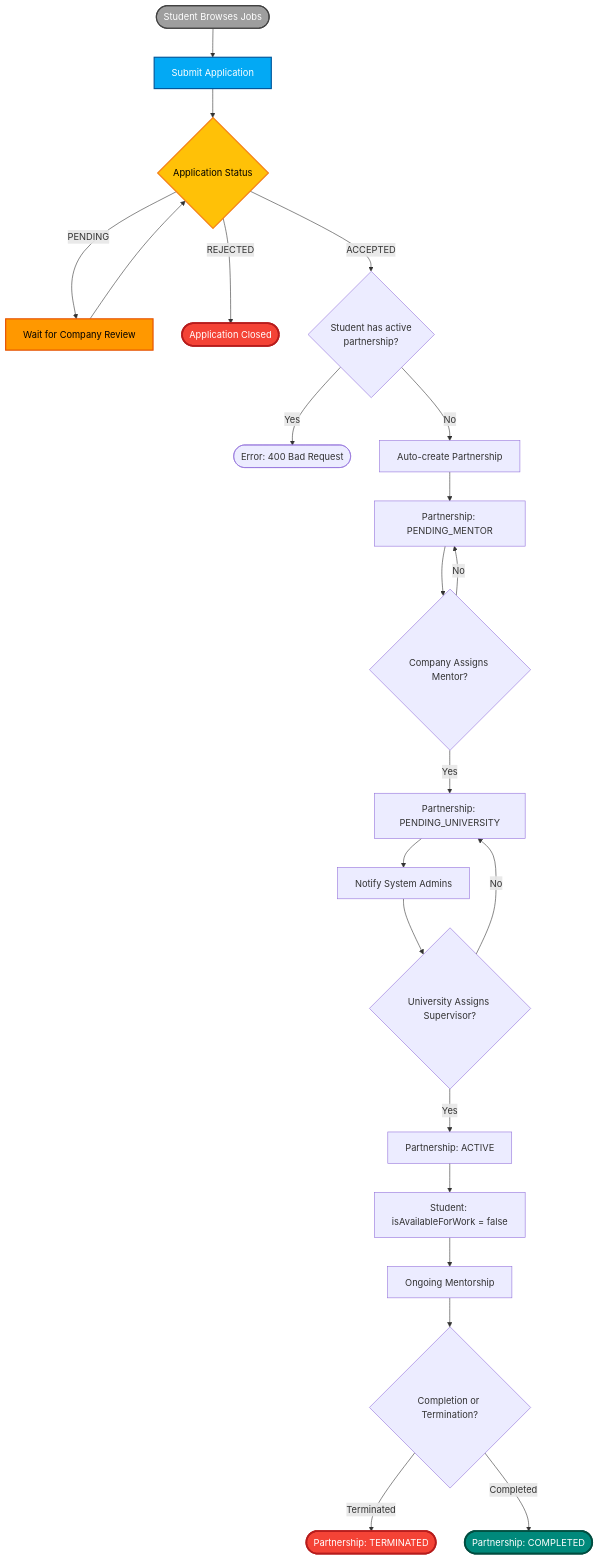
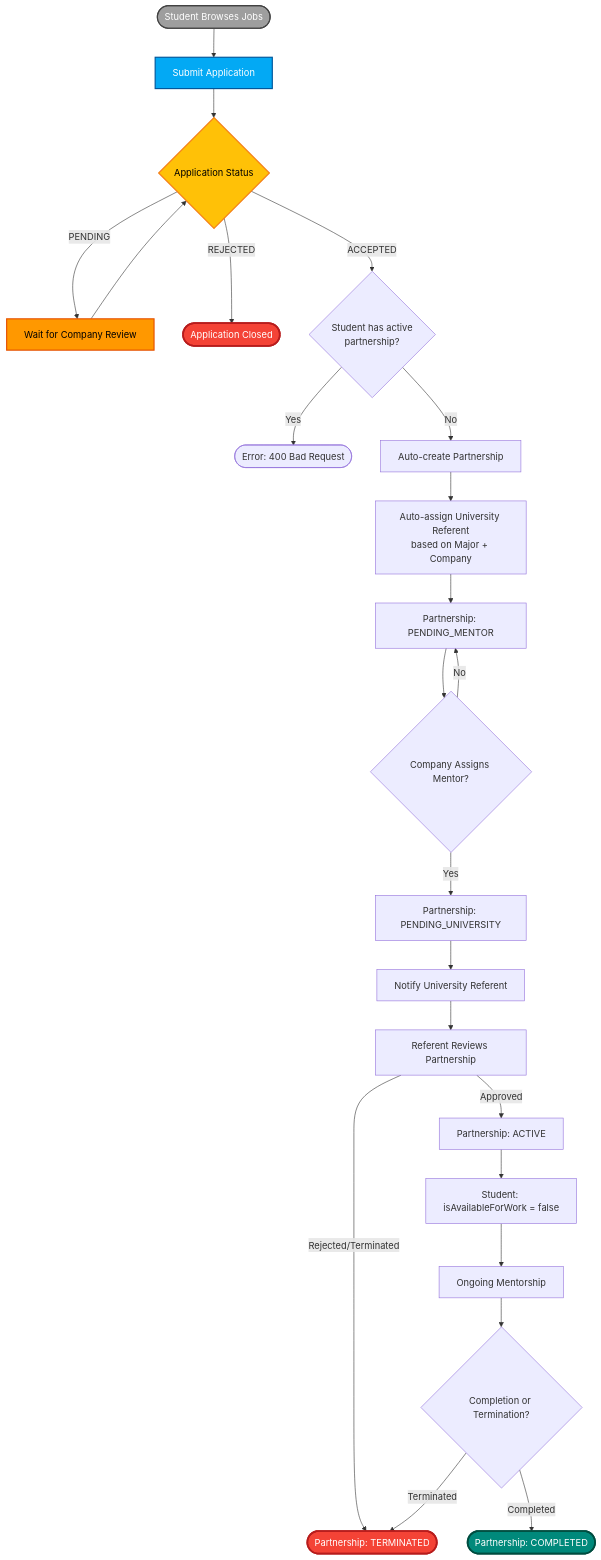
The seventh of 10 diagrams in backendreadme.md (myloo23/dual-kepzes-frontend), drawn with Mermaid before and after one commit. The commit also changed other lines of this file and 8 other files, not shown here.

````diff
--- a/backendreadme.md
+++ b/backendreadme.md
@@ -477,40 +481,42 @@
 ```mermaid
 flowchart TD
     Start([Student Browses Jobs]) --> Apply[Submit Application]
     Apply --> Status{Application Status}
 
     Status -->|PENDING| Wait[Wait for Company Review]
     Wait --> Status
 
     Status -->|REJECTED| End1([Application Closed])
 
     Status -->|ACCEPTED| CheckActive{Student has active<br/>partnership?}
 
     CheckActive -->|Yes| End4([Error: 400 Bad Request])
     CheckActive -->|No| CreatePartnership[Auto-create Partnership]
 
-    CreatePartnership --> P1[Partnership: PENDING_MENTOR]
+    CreatePartnership --> AutoAssign[Auto-assign University Referent<br/>based on Major + Company]
+    AutoAssign --> P1[Partnership: PENDING_MENTOR]
 
     P1 --> AssignMentor{Company Assigns Mentor?}
     AssignMentor -->|Yes| P2[Partnership: PENDING_UNIVERSITY]
     AssignMentor -->|No| P1
 
-    P2 --> Notify1[Notify System Admins]
-    Notify1 --> AssignUni{University Assigns Supervisor?}
-    AssignUni -->|Yes| P3[Partnership: ACTIVE]
+    P2 --> NotifyUni[Notify University Referent]
+    NotifyUni --> Review[Referent Reviews Partnership]
+    Review -->|Approved| P3[Partnership: ACTIVE]
     P3 --> SetAvail[Student: isAvailableForWork = false]
     SetAvail --> Monitor[Ongoing Mentorship]
-    AssignUni -->|No| P2
+    Review -->|Rejected/Terminated| End2([Partnership: TERMINATED])
+
     Monitor --> Complete{Completion or Termination?}
-    Complete -->|Terminated| End2([Partnership: TERMINATED])
+    Complete -->|Terminated| End2
     Complete -->|Completed| End3([Partnership: COMPLETED])
 
     style Start fill:#9e9e9e,stroke:#424242,stroke-width:2px,color:#fff
     style Apply fill:#03a9f4,stroke:#01579b,stroke-width:2px,color:#fff
     style Status fill:#ffc107,stroke:#f57f17,stroke-width:2px,color:#000
     style Wait fill:#ff9800,stroke:#e65100,stroke-width:2px,color:#000
     style End1 fill:#f44336,stroke:#b71c1c,stroke-width:3px,color:#fff
     style End2 fill:#f44336,stroke:#b71c1c,stroke-width:3px,color:#fff
     style End3 fill:#00897b,stroke:#004d40,stroke-width:3px,color:#fff
 
 ```
````
